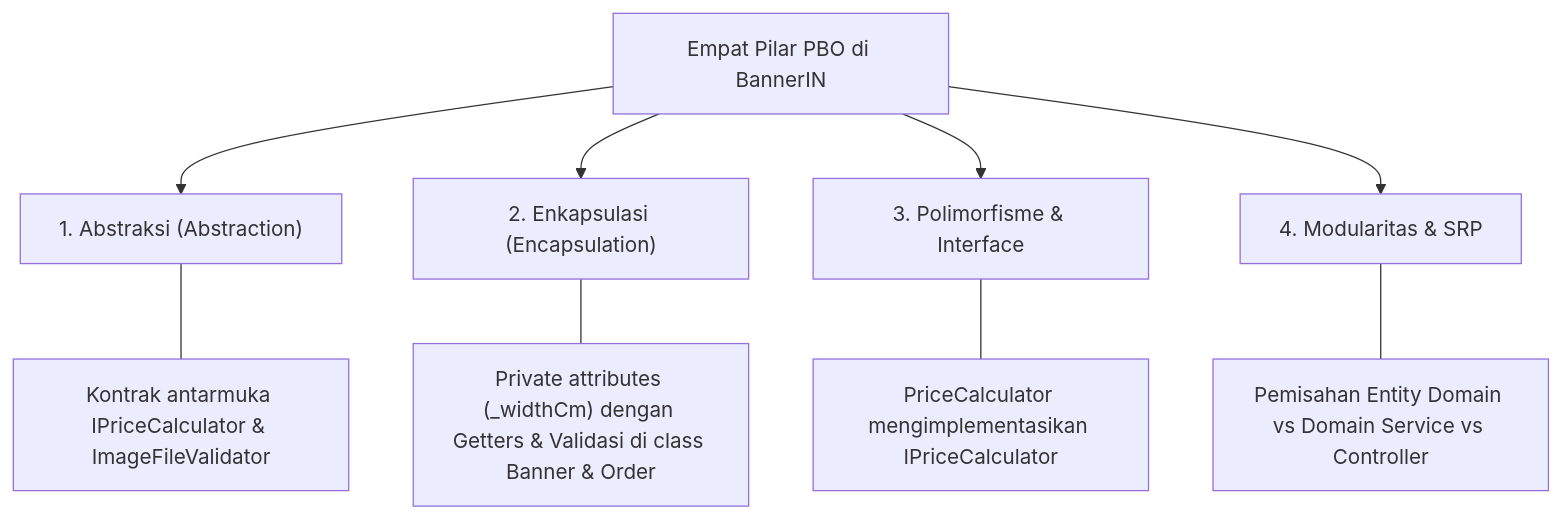
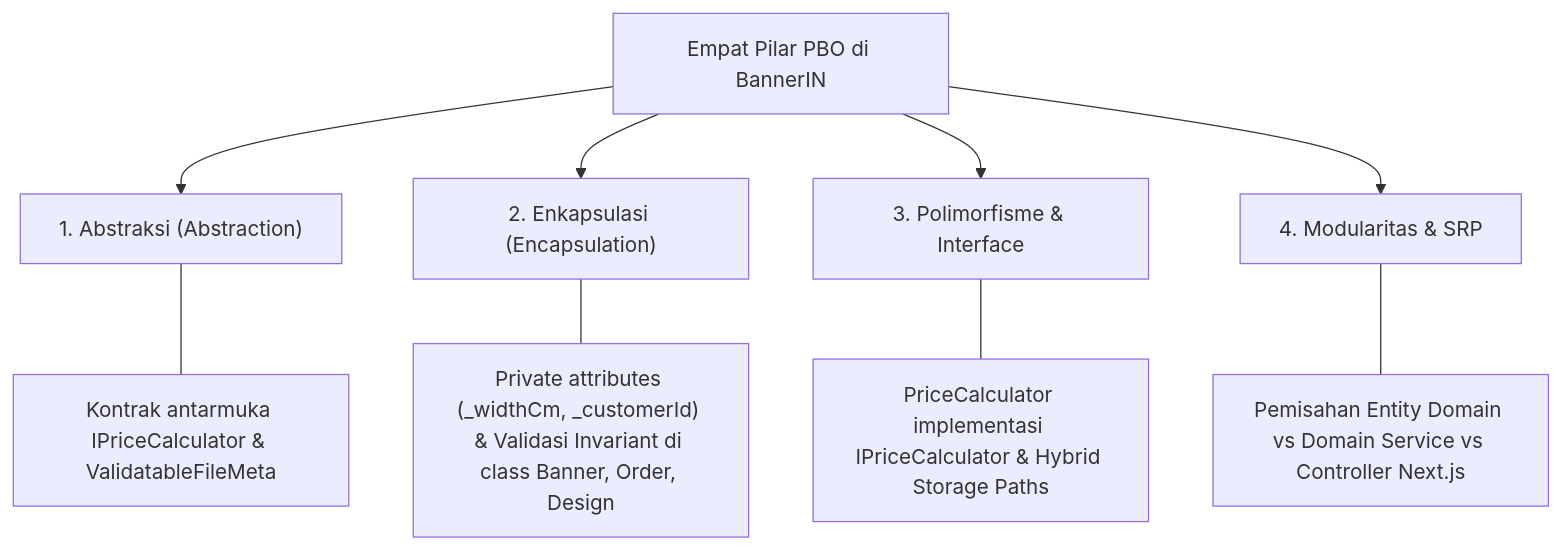
One commit to aryarakapermana/BannerIN changed the diagram in docs/DOKUMENTASI_PBO.md. Above: the diagram before and after it, drawn with Mermaid. The commit also changed other lines of this file and 21 other files, not shown here.

````diff
--- a/docs/DOKUMENTASI_PBO.md
+++ b/docs/DOKUMENTASI_PBO.md
@@ -15,13 +16,13 @@
 ```mermaid
 flowchart TD
     OOP["Empat Pilar PBO di BannerIN"]
     OOP --> P1["1. Abstraksi (Abstraction)"]
     OOP --> P2["2. Enkapsulasi (Encapsulation)"]
     OOP --> P3["3. Polimorfisme & Interface"]
     OOP --> P4["4. Modularitas & SRP"]
 
-    P1 --- D1["Kontrak antarmuka IPriceCalculator & ImageFileValidator"]
-    P2 --- D2["Private attributes (_widthCm) dengan Getters & Validasi di class Banner & Order"]
-    P3 --- D3["PriceCalculator mengimplementasikan IPriceCalculator"]
-    P4 --- D4["Pemisahan Entity Domain vs Domain Service vs Controller"]
+    P1 --- D1["Kontrak antarmuka IPriceCalculator & ValidatableFileMeta"]
+    P2 --- D2["Private attributes (_widthCm, _customerId) & Validasi Invariant di class Banner, Order, Design"]
+    P3 --- D3["PriceCalculator implementasi IPriceCalculator & Hybrid Storage Paths"]
+    P4 --- D4["Pemisahan Entity Domain vs Domain Service vs Controller Next.js"]
 ```
````
